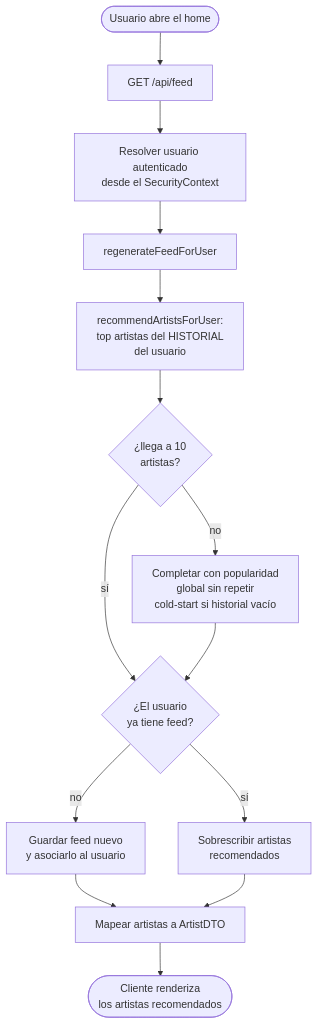
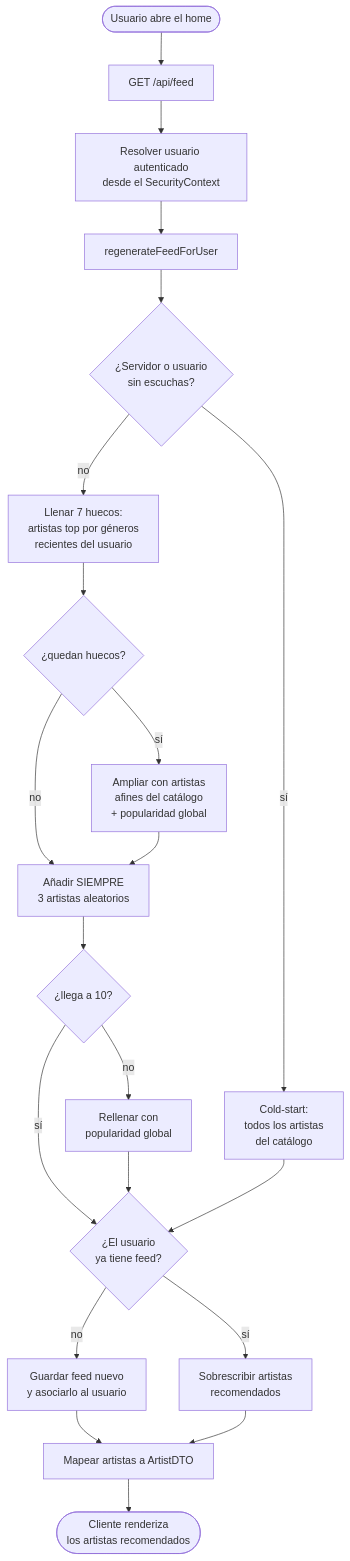
One commit to conguchu/selfpotify changed the sixth of 19 diagrams in README.md. Above: the diagram before and after it, drawn with Mermaid. The commit also changed other lines of this file, not shown here.

Commit message:
(docs) readme: corrige la decisión de diseño del feed (géneros recientes + aleatorios) en prosa, flowchart y UC9

````diff
--- a/README.md
+++ b/README.md
@@ -280,16 +290,23 @@
 ```mermaid
 flowchart TD
     Home([Usuario abre el home]) --> Get[GET /api/feed]
     Get --> Auth[Resolver usuario autenticado<br/>desde el SecurityContext]
     Auth --> Regen[regenerateFeedForUser]
-    Regen --> Own[recommendArtistsForUser:<br/>top artistas del HISTORIAL<br/>del usuario]
-    Own --> Enough{¿llega a 10<br/>artistas?}
-    Enough -- no --> Pad[Completar con popularidad<br/>global sin repetir<br/>cold-start si historial vacío]
-    Enough -- sí --> Has
+    Regen --> Cold{¿Servidor o usuario<br/>sin escuchas?}
+    Cold -- sí --> All[Cold-start:<br/>todos los artistas<br/>del catálogo]
+    Cold -- no --> Genres[Llenar 7 huecos:<br/>artistas top por géneros<br/>recientes del usuario]
+    Genres --> Akin{¿quedan huecos?}
+    Akin -- sí --> Catalog[Ampliar con artistas<br/>afines del catálogo<br/>+ popularidad global]
+    Akin -- no --> Random
+    Catalog --> Random[Añadir SIEMPRE<br/>3 artistas aleatorios]
+    Random --> Fill{¿llega a 10?}
+    Fill -- no --> Pad[Rellenar con<br/>popularidad global]
+    Fill -- sí --> Has
     Pad --> Has{¿El usuario<br/>ya tiene feed?}
+    All --> Has
     Has -- no --> Save[Guardar feed nuevo<br/>y asociarlo al usuario]
     Has -- sí --> Over[Sobrescribir artistas<br/>recomendados]
     Save --> DTO[Mapear artistas a ArtistDTO]
     Over --> DTO
     DTO --> Render([Cliente renderiza<br/>los artistas recomendados])
 ```
````
